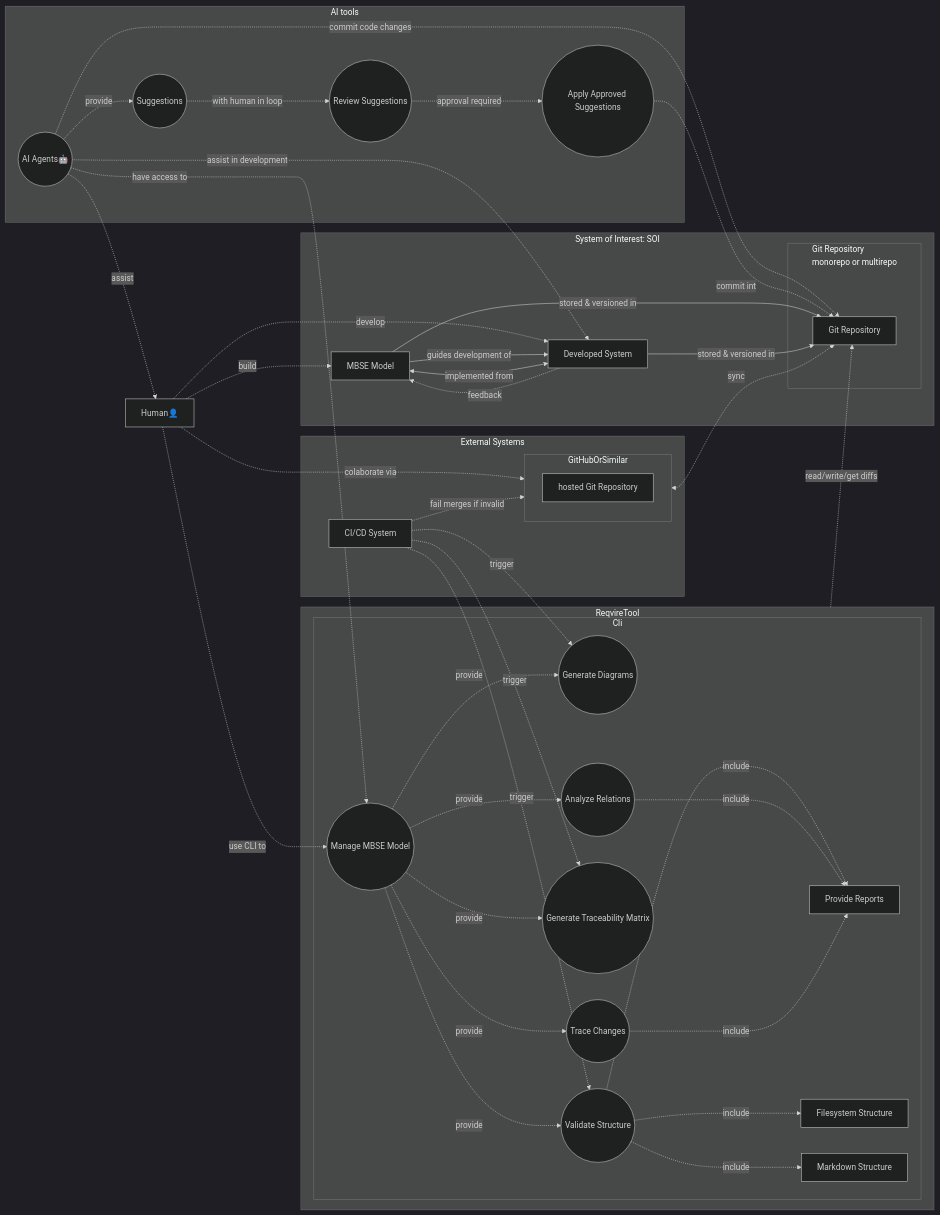
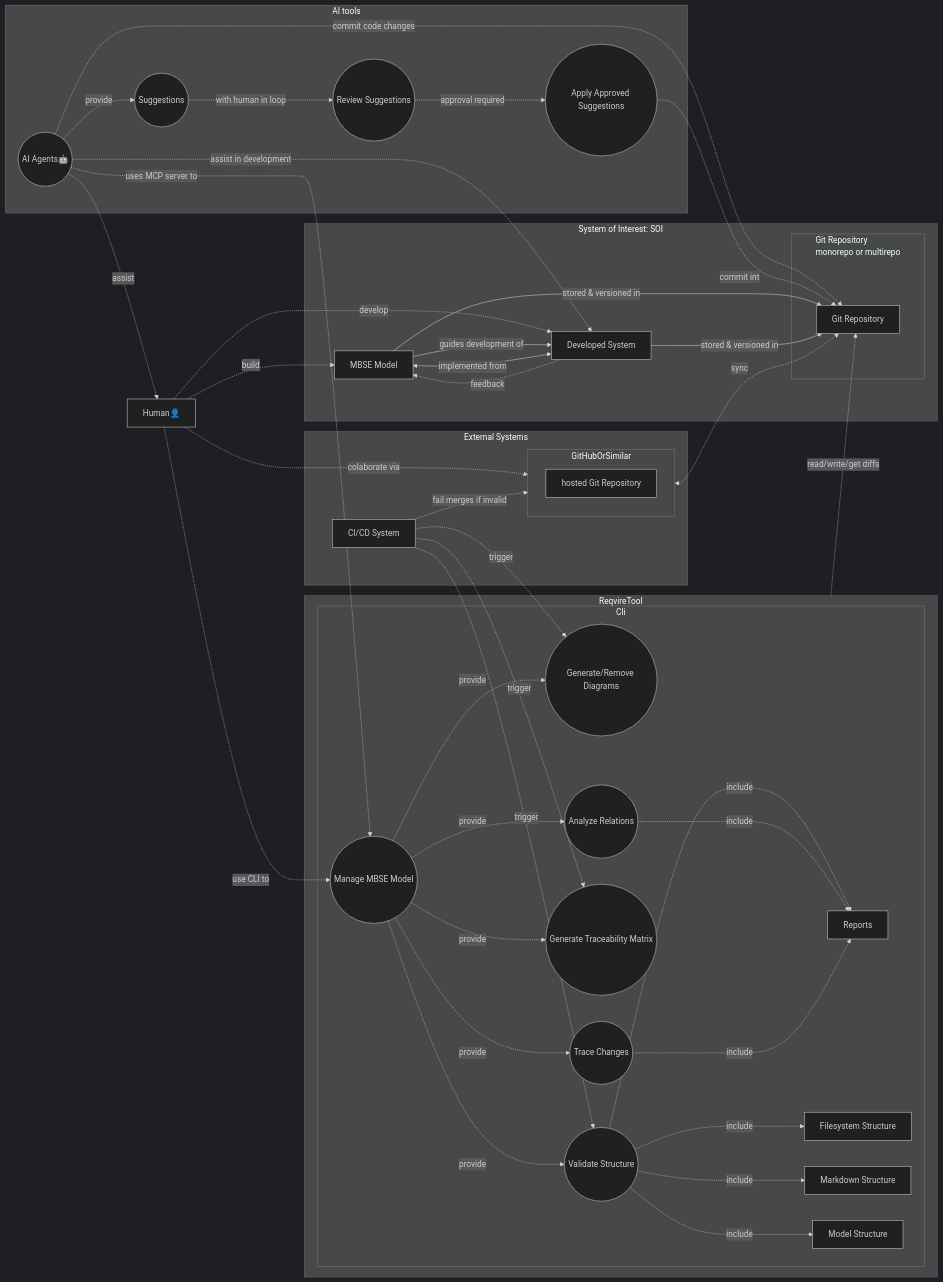
Before and after one commit to reqvire-org/reqvire: the diagram in specifications/Usecases.md, drawn with Mermaid (dark theme). The commit also changed other lines of this file and 12 other files, not shown here.

````diff
--- a/specifications/Usecases.md
+++ b/specifications/Usecases.md
@@ -13,12 +13,14 @@
     subgraph "ReqvireTool"
         subgraph "Cli"
             manageModel((Manage MBSE Model))
-            generateDiagrams((Generate Diagrams))
+            generateDiagrams((Generate/Remove Diagrams))
             analiseRelations((Analyze Relations))
             reports[Provide Reports]
             validateStructure((Validate Structure))			
             filesStructure[Filesystem Structure]
             markdownSucture[Markdown Structure]
+            modelStructure[Model Structure]
+            reports[Reports]
             traceability((Generate Traceability Matrix))
             handleDiffs((Trace Changes))        
         end                   
@@ -62,7 +64,8 @@
     manageModel -. provide .-> validateStructure
     validateStructure -. include .-> markdownSucture
     validateStructure -. include .-> filesStructure  
-    validateStructure -. include .-> reports    
+    validateStructure -. include .-> modelStructure   
+    validateStructure -. include .-> reports
 
     manageModel -. provide .-> traceability
     manageModel -. provide .-> analiseRelations
@@ -70,7 +73,7 @@
     manageModel -. provide .-> generateDiagrams
     manageModel -. provide .-> handleDiffs
 
-    aiAgents -. have access to .-> manageModel    
+    aiAgents -. uses MCP server to .-> manageModel    
 
     aiAgents -. assist in development .-> developedSystem
     aiAgents -. commit code changes .-> gitRepository
@@ -101,7 +104,4 @@
     %% SOI Feedback Loop
     developedSystem -. feedback .-> model
 
-
-
-
 ```
````
